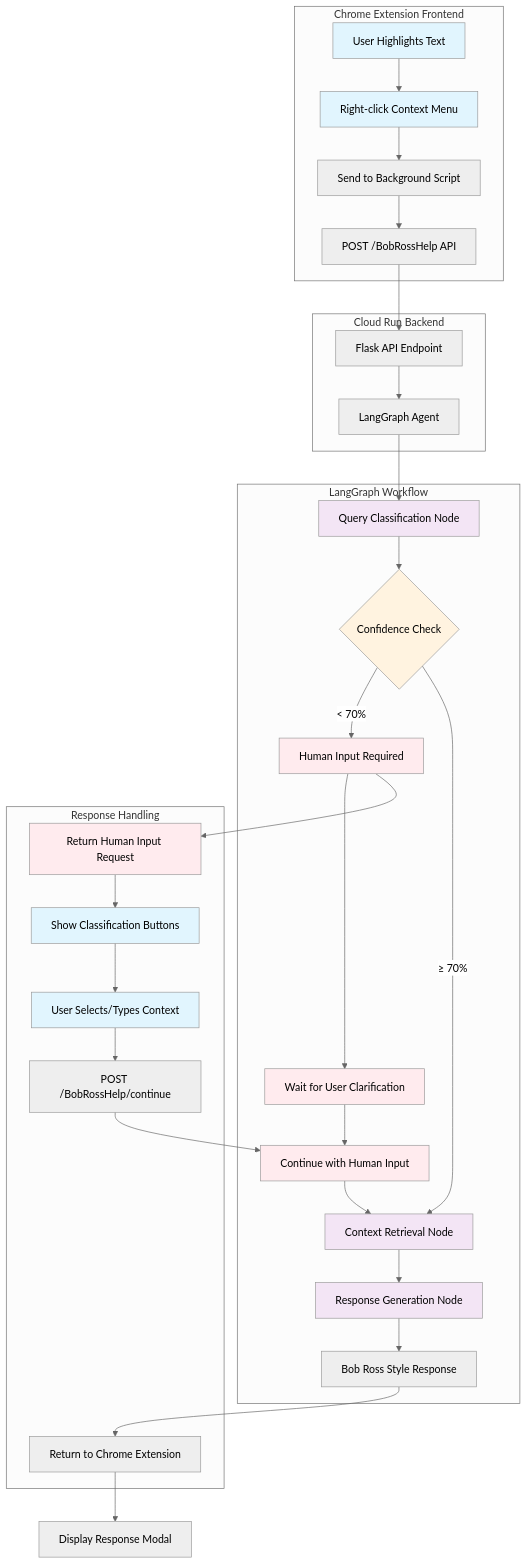
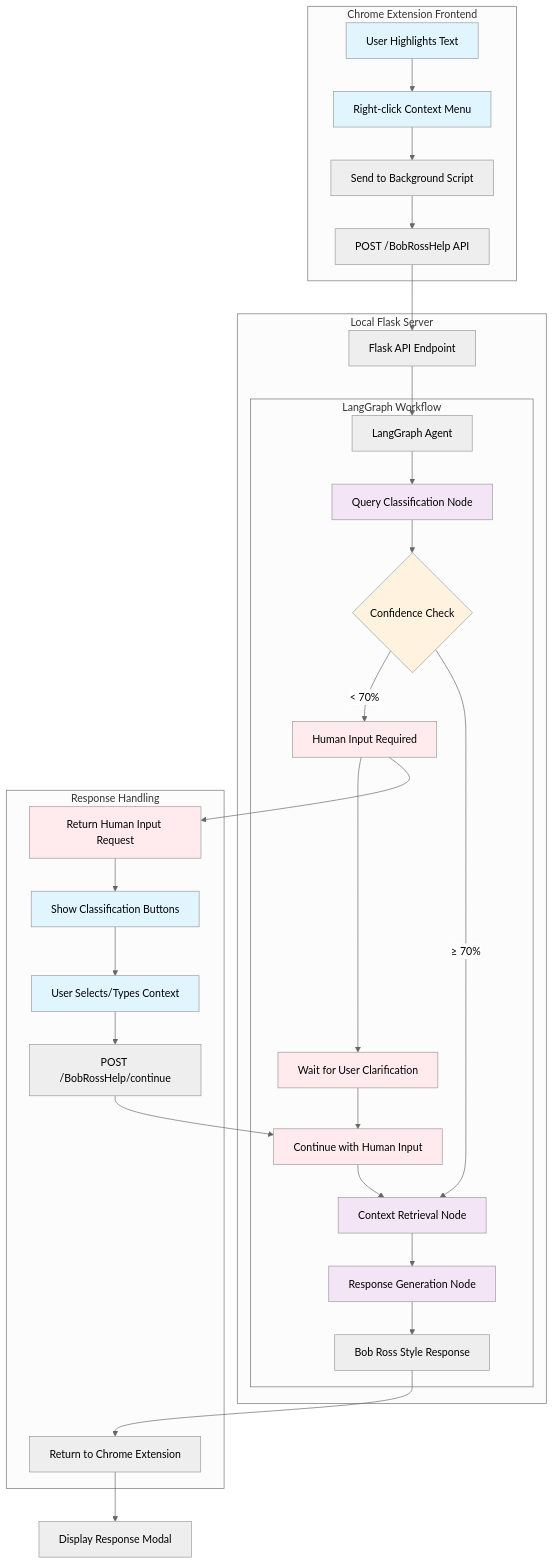
The diagram in README.md (l2and/bob-the-helper), drawn with Mermaid (neutral theme) before and after one commit. The commit also changed 4 other files, not shown here.

````diff
--- a/README.md
+++ b/README.md
@@ -35,46 +35,46 @@
 ```mermaid
 graph TB
     subgraph "Chrome Extension Frontend"
         A[User Highlights Text] --> B[Right-click Context Menu]
         B --> C[Send to Background Script]
         C --> D[POST /BobRossHelp API]
     end
     
-    subgraph "Cloud Run Backend"
+    subgraph "Local Flask Server"
         D --> E[Flask API Endpoint]
         E --> F[LangGraph Agent]
-    end
-    
-    subgraph "LangGraph Workflow"
-        F --> G[Query Classification Node]
-        G --> H{Confidence Check}
-        H -->|< 70%| I[Human Input Required]
-        H -->|≥ 70%| J[Context Retrieval Node]
-        I --> K[Wait for User Clarification]
-        K --> L[Continue with Human Input]
-        L --> J
-        J --> M[Response Generation Node]
-        M --> N[Bob Ross Style Response]
+        
+        subgraph "LangGraph Workflow"
+            F --> G[Query Classification Node]
+            G --> H{Confidence Check}
+            H -->|< 70%| I[Human Input Required]
+            H -->|≥ 70%| J[Context Retrieval Node]
+            I --> K[Wait for User Clarification]
+            K --> L[Continue with Human Input]
+            L --> J
+            J --> M[Response Generation Node]
+            M --> N[Bob Ross Style Response]
+        end
     end
     
     subgraph "Response Handling"
         N --> O[Return to Chrome Extension]
         I --> P[Return Human Input Request]
         P --> Q[Show Classification Buttons]
         Q --> R[User Selects/Types Context]
         R --> S[POST /BobRossHelp/continue]
         S --> L
     end
     
     O --> T[Display Response Modal]
     
-    classDef userAction fill:#e1f5fe
-    classDef processing fill:#f3e5f5
-    classDef decision fill:#fff3e0
-    classDef humanLoop fill:#ffebee
+    classDef userAction fill:#e1f5fe,color:#000
+    classDef processing fill:#f3e5f5,color:#000
+    classDef decision fill:#fff3e0,color:#000
+    classDef humanLoop fill:#ffebee,color:#000
     
     class A,B,Q,R userAction
     class G,J,M processing
     class H decision
     class I,K,L,P humanLoop
 ```
````
